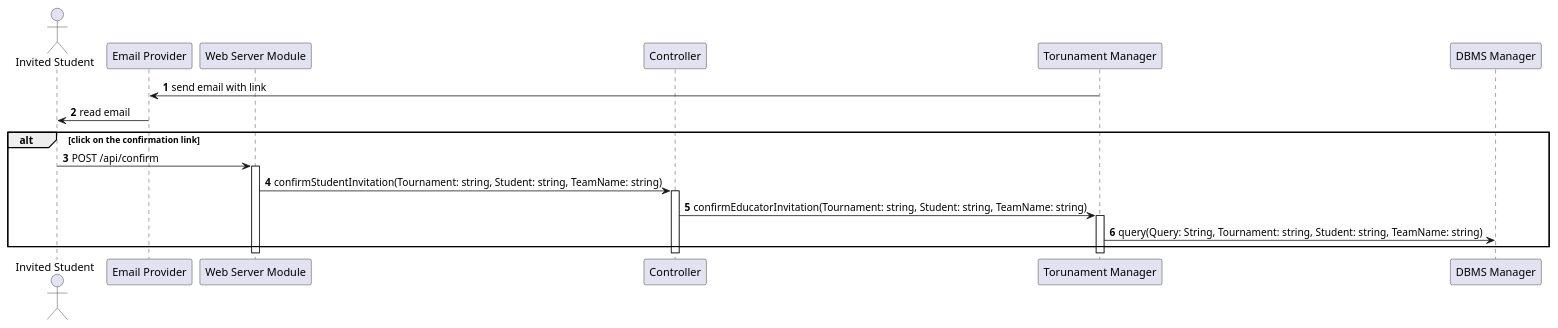
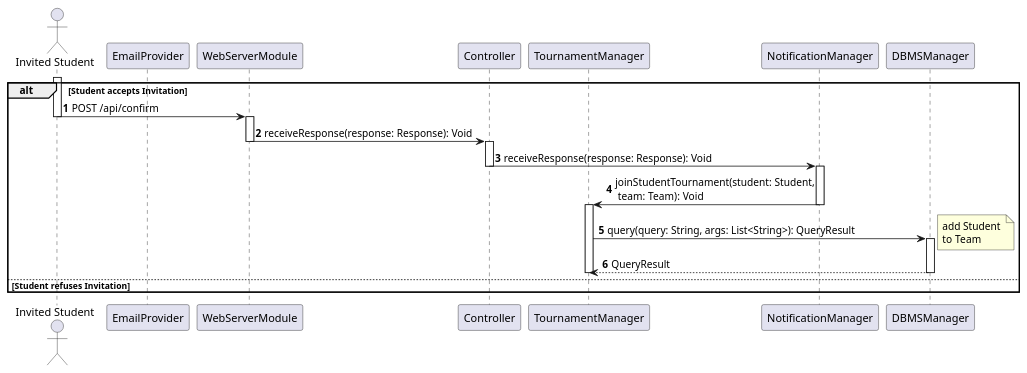
Before and after one commit to Angelo7672/SE2_Requirement-and-Design-Document: the diagram in _DD/Images/sequenceDiagrams/receiveStudentInvitation.wsd, drawn with PlantUML. The commit also changed 4 other files, not shown here.

Commit message:
sequence 2.4 2.5. 2.6 2.7 fix

```diff
--- a/_DD/Images/sequenceDiagrams/receiveStudentInvitation.wsd
+++ b/_DD/Images/sequenceDiagrams/receiveStudentInvitation.wsd
@@ -1,24 +1,39 @@
 @startuml
 
-' NEW
 autonumber
-actor "Invited Student" as S
-participant "Email Provider" as EM
-participant "Web Server Module" as WS
+
+actor "Invited Student" as U2
+participant EmailProvider as EP
+participant WebServerModule as WS
 participant Controller as C
-participant "Torunament Manager" as TM 
-participant "DBMS Manager" as DB
+participant TournamentManager as TM
+participant NotificationManager as NM
+participant DBMSManager as DBMS
 
-TM -> EM: send email with link
-EM -> S: read email
-alt click on the confirmation link
-    S -> WS: POST /api/confirm
-    activate WS
-    WS -> C: confirmStudentInvitation(Tournament: string, Student: string, TeamName: string)
-    activate C
-    C -> TM: confirmEducatorInvitation(Tournament: string, Student: string, TeamName: string)
-    activate TM
-    TM -> DB: query(Query: String, Tournament: string, Student: string, TeamName: string)
+activate U2
+    alt Student accepts Invitation
+        U2 -> WS: POST /api/confirm
+        deactivate U2
+        activate WS
+        WS -> C: receiveResponse(response: Response): Void
+        deactivate WS
+        activate C
+        C -> NM: receiveResponse(response: Response): Void
+        deactivate C
+        activate NM
+        NM -> TM: joinStudentTournament(student: Student,\n team: Team): Void
+        deactivate NM
+        activate TM
+        TM -> DBMS: query(query: String, args: List<String>): QueryResult
+        note right
+            add Student 
+            to Team
+        end note
+        activate DBMS
+        DBMS --> TM: QueryResult
+        deactivate DBMS
+        deactivate TM
+    else Student refuses Invitation
 end
 
 @enduml
```
